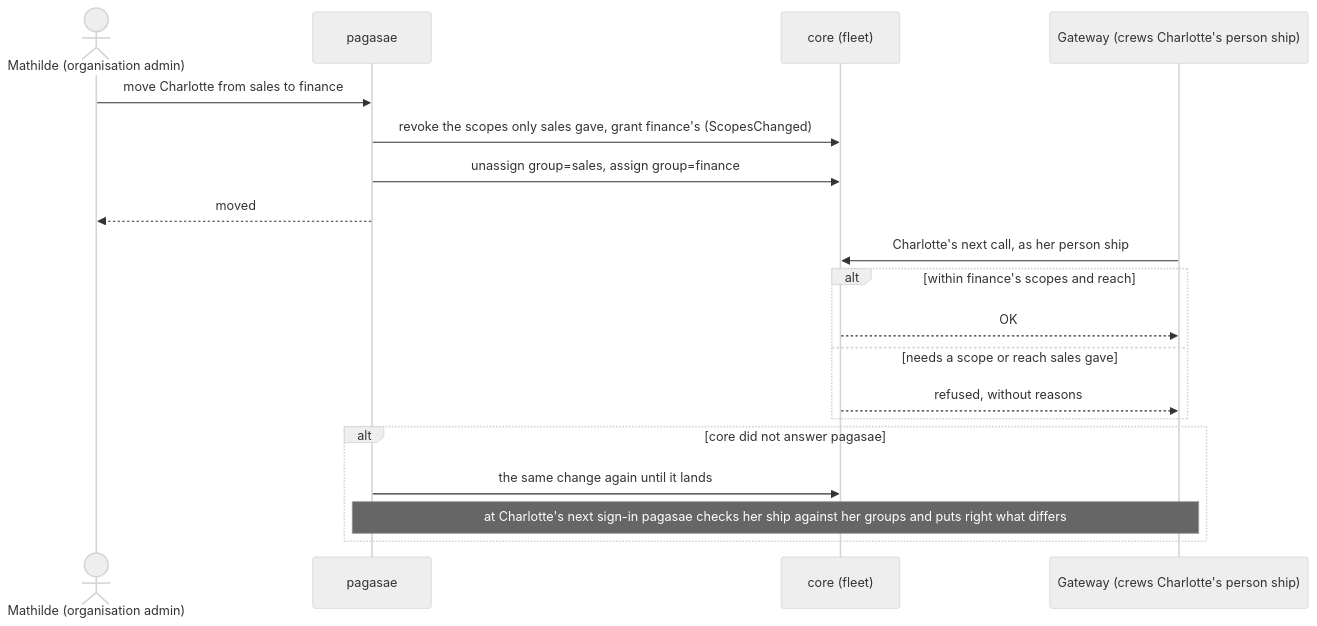
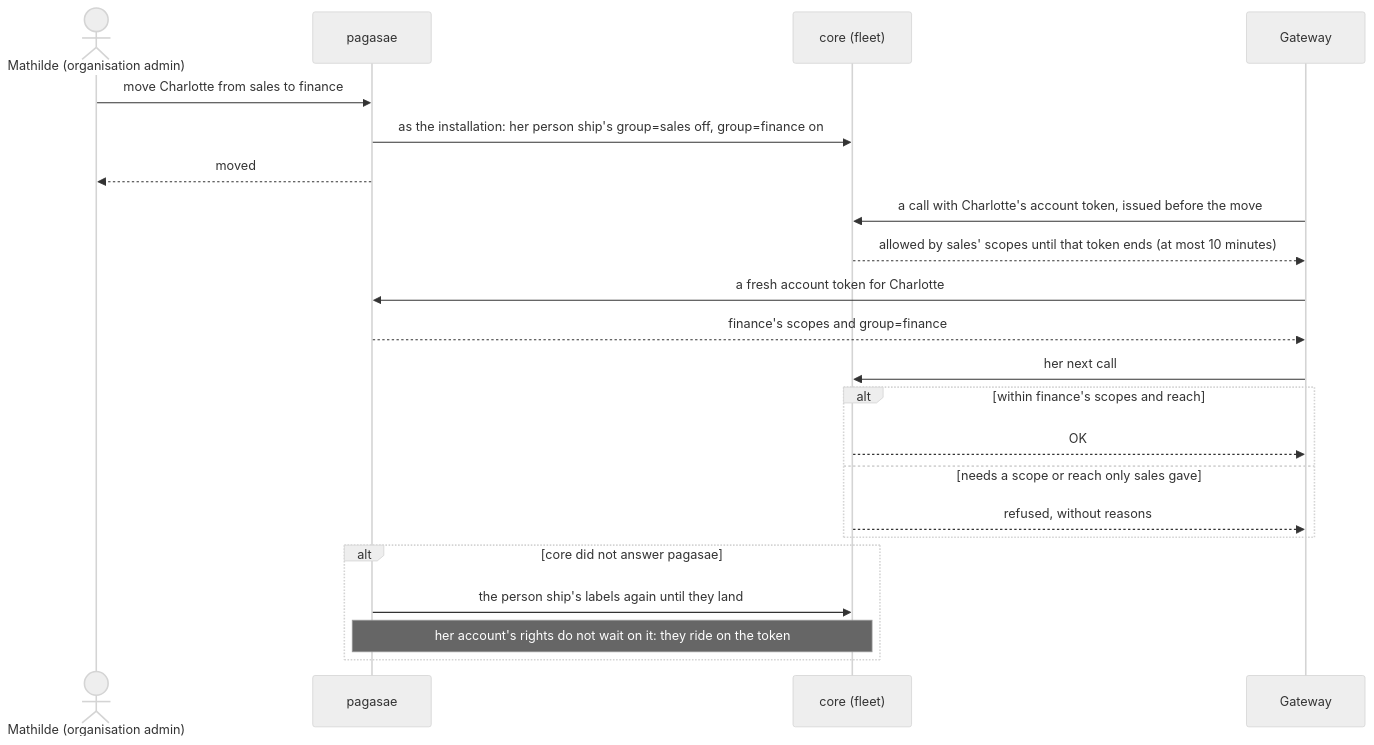
One commit to ThomasHendrickx/aeolus-fleet changed the third of 11 diagrams in docs/design/accounts/phase-2/flows.md. Above: the diagram before and after it, drawn with Mermaid (neutral theme). The commit also changed other lines of this file, not shown here.

First line of the commit message:
docs(design): accounts phase 2 flows on the actor model, F11 the account token

````diff
--- a/docs/design/accounts/phase-2/flows.md
+++ b/docs/design/accounts/phase-2/flows.md
@@ -84,21 +80,24 @@
 ```mermaid
 sequenceDiagram
   actor M as Mathilde (organisation admin)
   participant P as pagasae
   participant C as core (fleet)
-  participant G as Gateway (crews Charlotte's person ship)
+  participant G as Gateway
   M->>P: move Charlotte from sales to finance
-  P->>C: revoke the scopes only sales gave, grant finance's (ScopesChanged)
-  P->>C: unassign group=sales, assign group=finance
+  P->>C: as the installation: her person ship's group=sales off, group=finance on
   P-->>M: moved
-  G->>C: Charlotte's next call, as her person ship
+  G->>C: a call with Charlotte's account token, issued before the move
+  C-->>G: allowed by sales' scopes until that token ends (at most 10 minutes)
+  G->>P: a fresh account token for Charlotte
+  P-->>G: finance's scopes and group=finance
+  G->>C: her next call
   alt within finance's scopes and reach
     C-->>G: OK
-  else needs a scope or reach sales gave
+  else needs a scope or reach only sales gave
     C-->>G: refused, without reasons
   end
   alt core did not answer pagasae
-    P->>C: the same change again until it lands
-    Note over P,G: at Charlotte's next sign-in pagasae checks her ship against her groups and puts right what differs
+    P->>C: the person ship's labels again until they land
+    Note over P,C: her account's rights do not wait on it: they ride on the token
   end
 ```
````
